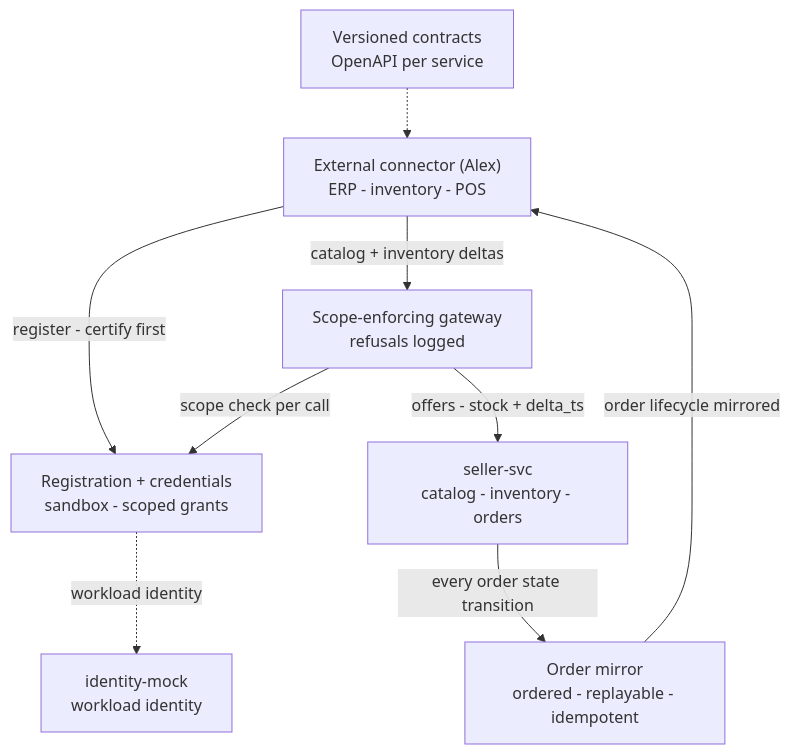
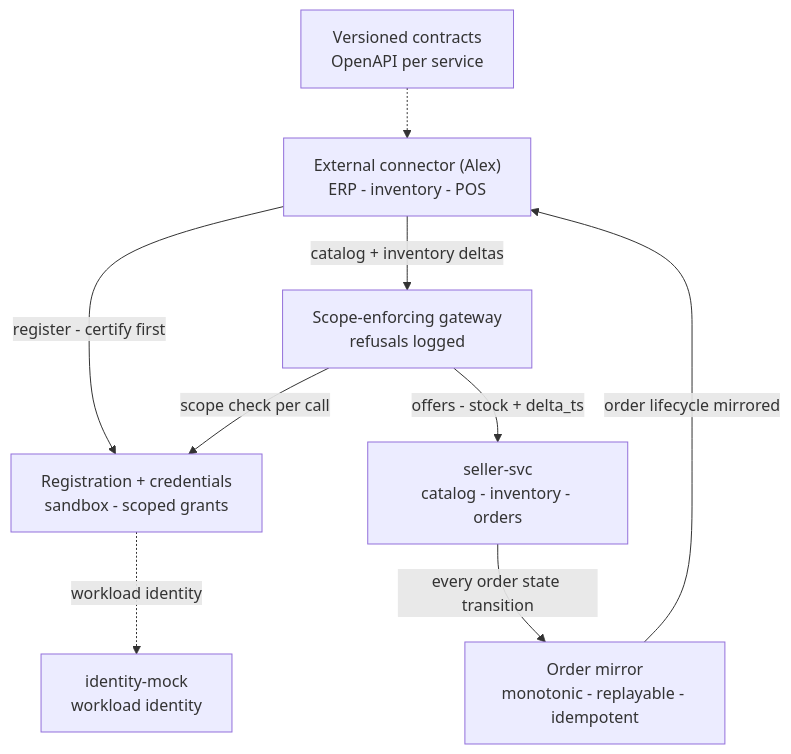
The diagram in plan/design/09-connect.md (alius-git/amisad.dev), drawn with Mermaid before and after one commit. The commit also changed other lines of this file and 26 other files, not shown here.

````diff
--- a/plan/design/09-connect.md
+++ b/plan/design/09-connect.md
@@ -7,19 +7,19 @@
 ```mermaid
 flowchart TD
     contracts["Versioned contracts<br/>OpenAPI per service"]
     credentials["Registration + credentials<br/>sandbox - scoped grants"]
     gateway["Scope-enforcing gateway<br/>refusals logged"]
-    webhooks["Order mirror<br/>ordered - replayable - idempotent"]
+    webhooks["Order mirror<br/>monotonic - replayable - idempotent"]
     partner["External connector (Alex)<br/>ERP - inventory - POS"]
     identity["identity-mock<br/>workload identity"]
     seller["seller-svc<br/>catalog - inventory - orders"]
 
     partner -->|"register - certify first"| credentials
     partner -->|"catalog + inventory deltas"| gateway
     gateway -->|"scope check per call"| credentials
     credentials -.->|"workload identity"| identity
     gateway -->|"offers - stock + delta_ts"| seller
     seller -->|"every order state transition"| webhooks
     webhooks -->|"order lifecycle mirrored"| partner
     contracts -.-> partner
 ```
````
